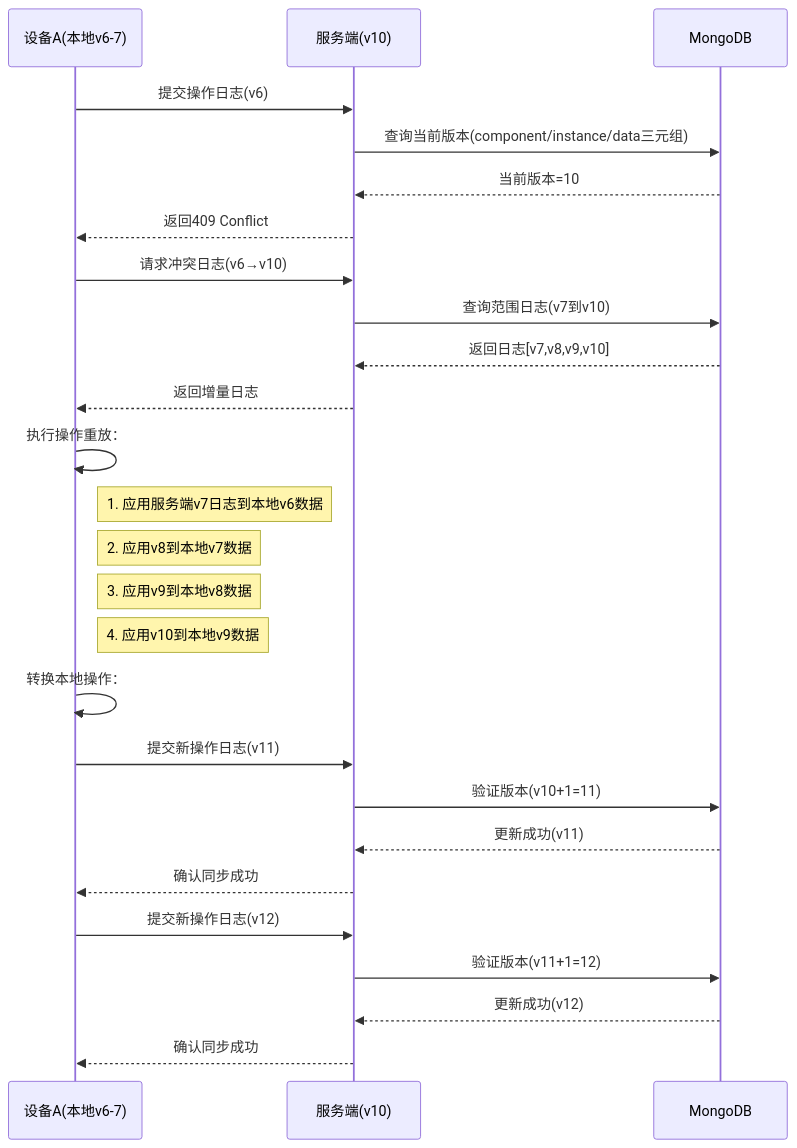
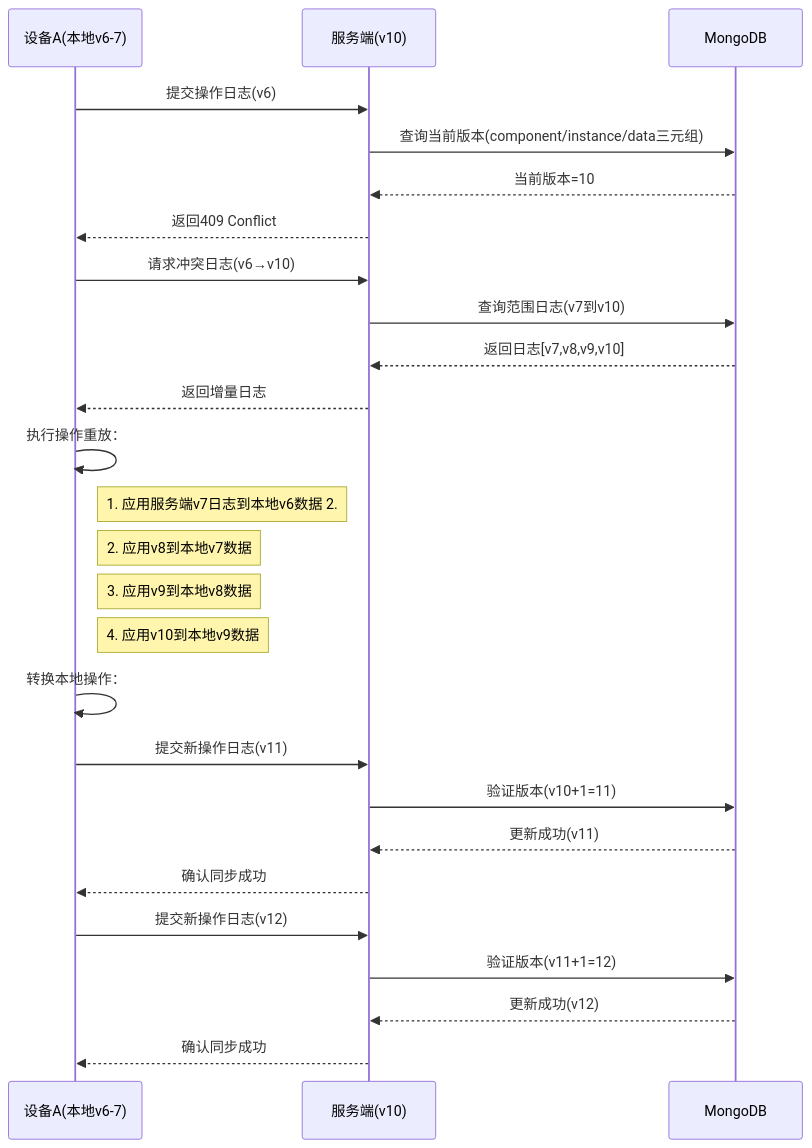
One commit to yingjianzh/iodraw-files changed the diagram in all/未命名-26.md. Above: the diagram before and after it, drawn with Mermaid.

Commit message:
2025-02-26 16:15:11 update

````diff
--- a/all/未命名-26.md
+++ b/all/未命名-26.md
@@ -1,41 +1,41 @@
 ```mermaid
 sequenceDiagram
     participant A as 设备A(本地v6-7)
     participant S as 服务端(v10)
     participant DB as MongoDB
 
     %% 初始同步尝试
     A->>S: 提交操作日志(v6)
     S->>DB: 查询当前版本(component/instance/data三元组)
     DB-->>S: 当前版本=10
     S-->>A: 返回409 Conflict
 
     %% 冲突解决阶段
     A->>S: 请求冲突日志(v6→v10)
     S->>DB: 查询范围日志(v7到v10)
     DB-->>S: 返回日志[v7,v8,v9,v10]
     S-->>A: 返回增量日志
 
     %% 本地数据重建
     A->>A: 执行操作重放：
-    note right of A: 1. 应用服务端v7日志到本地v6数据 
+    note right of A: 1. 应用服务端v7日志到本地v6数据 2.
     note right of A: 2. 应用v8到本地v7数据
     note right of A: 3. 应用v9到本地v8数据
     note right of A: 4. 应用v10到本地v9数据
 
 
     %% 本地操作转换
     A->>A: 转换本地操作：
     
 
     %% 重新提交
     A->>S: 提交新操作日志(v11)
     S->>DB: 验证版本(v10+1=11)
     DB-->>S: 更新成功(v11)
     S-->>A: 确认同步成功
 
     A->>S: 提交新操作日志(v12)
     S->>DB: 验证版本(v11+1=12)
     DB-->>S: 更新成功(v12)
     S-->>A: 确认同步成功
 ```
````
